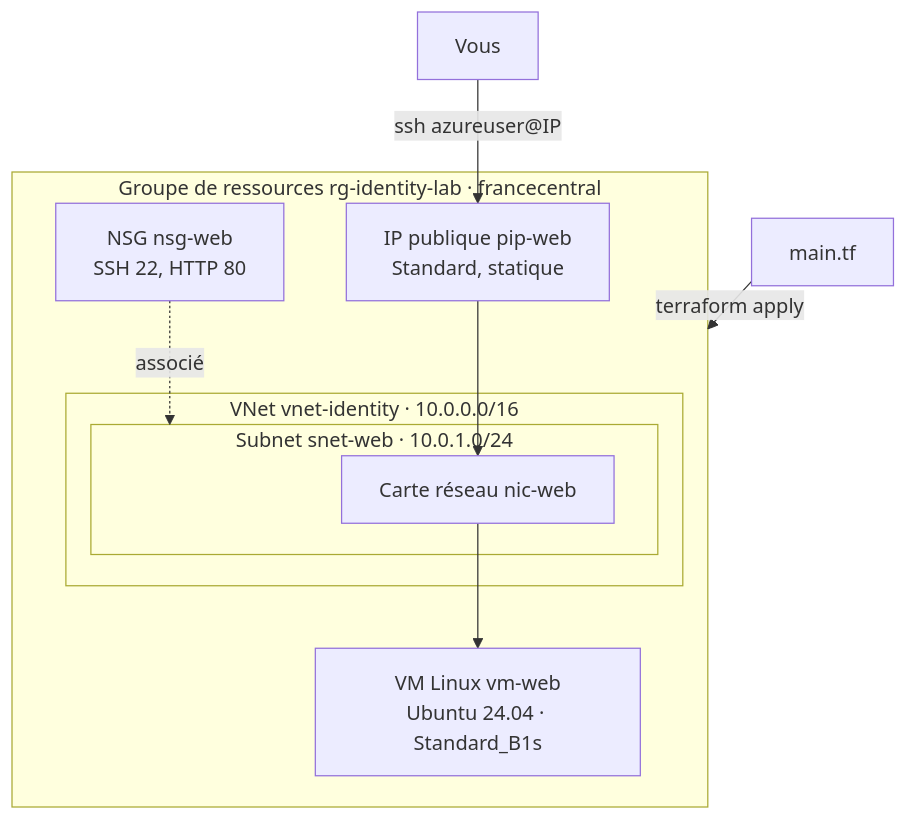
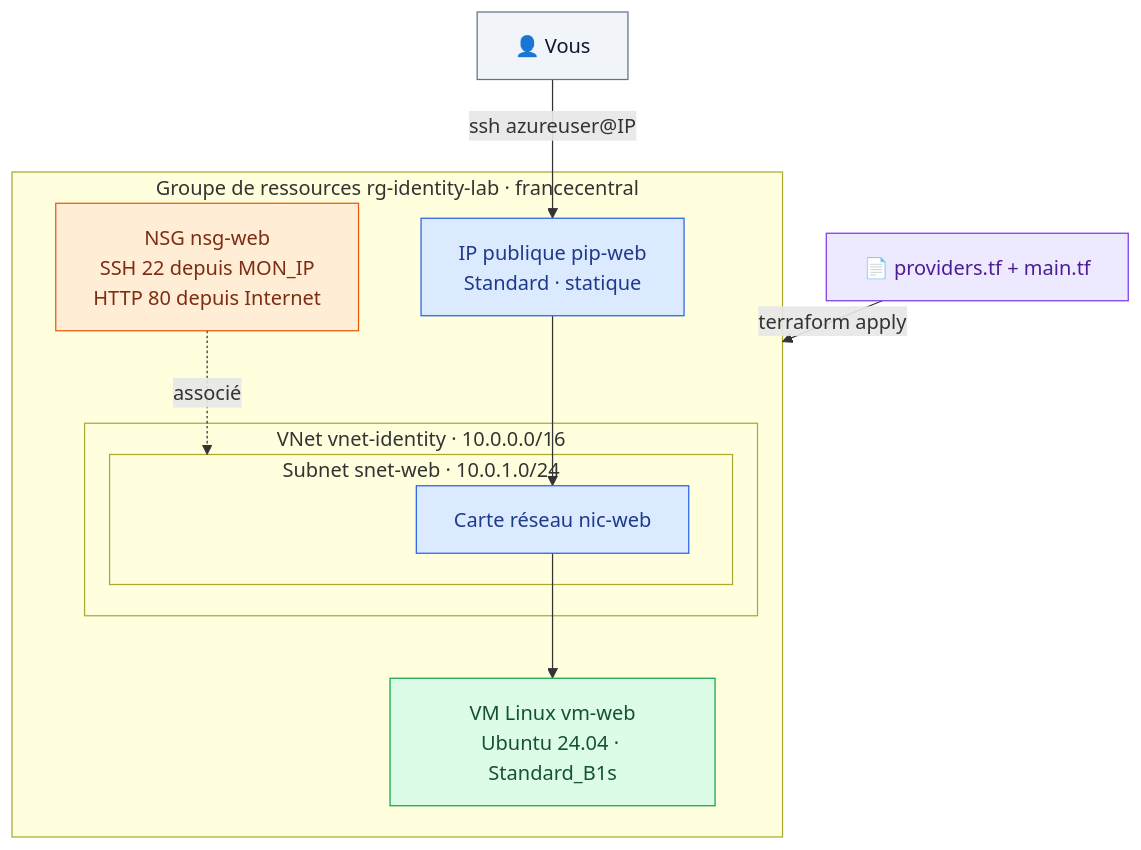
One commit to hajjiBel/terraform-azure-labs changed the diagram in lab02-premiere-infrastructure.md. Above: the diagram before and after it, drawn with Mermaid. The commit also changed other lines of this file and 158 other files, not shown here.

````diff
--- a/lab02-premiere-infrastructure.md
+++ b/lab02-premiere-infrastructure.md
@@ -17,15 +24,20 @@
 ```mermaid
 flowchart TB
-    TF["main.tf"] -- "terraform apply" --> RG
+    TF["📄 providers.tf + main.tf"]:::tf -- "terraform apply" --> RG
     subgraph RG["Groupe de ressources rg-identity-lab · francecentral"]
         subgraph VNET["VNet vnet-identity · 10.0.0.0/16"]
             subgraph SNET["Subnet snet-web · 10.0.1.0/24"]
-                NIC["Carte réseau nic-web"]
+                NIC["Carte réseau nic-web"]:::net
             end
         end
-        NSG["NSG nsg-web<br/>SSH 22, HTTP 80"] -. "associé" .-> SNET
-        PIP["IP publique pip-web<br/>Standard, statique"] --> NIC
-        NIC --> VM["VM Linux vm-web<br/>Ubuntu 24.04 · Standard_B1s"]
+        NSG["NSG nsg-web<br/>SSH 22 depuis MON_IP<br/>HTTP 80 depuis Internet"]:::sec -. "associé" .-> SNET
+        PIP["IP publique pip-web<br/>Standard · statique"]:::net --> NIC
+        NIC --> VM["VM Linux vm-web<br/>Ubuntu 24.04 · Standard_B1s"]:::compute
     end
-    USER["Vous"] -- "ssh azureuser@IP" --> PIP
+    USER["👤 Vous"]:::ext -- "ssh azureuser@IP" --> PIP
+    classDef tf fill:#ede9fe,stroke:#7c3aed,color:#4c1d95
+    classDef net fill:#dbeafe,stroke:#2563eb,color:#1e3a8a
+    classDef compute fill:#dcfce7,stroke:#16a34a,color:#14532d
+    classDef sec fill:#ffedd5,stroke:#ea580c,color:#7c2d12
+    classDef ext fill:#f1f5f9,stroke:#64748b,color:#0f172a
 ```
````
